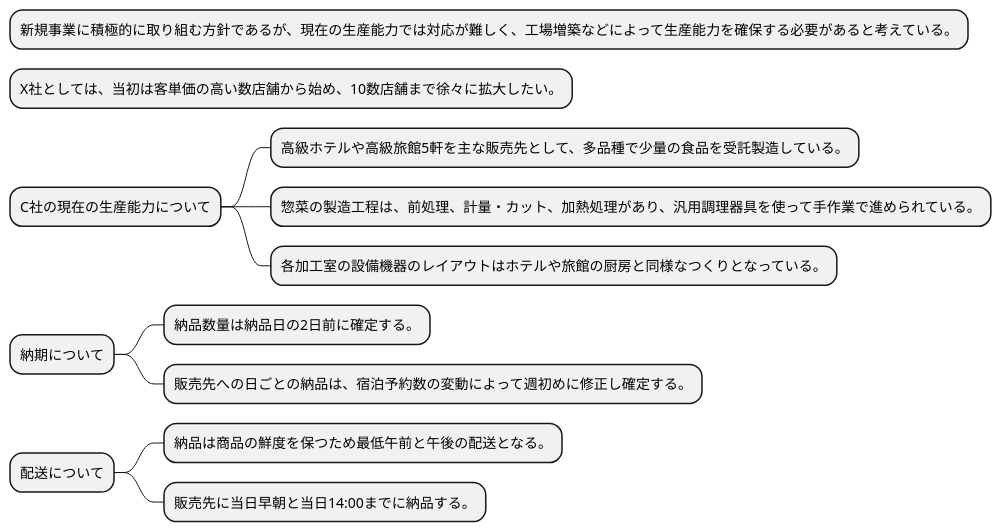
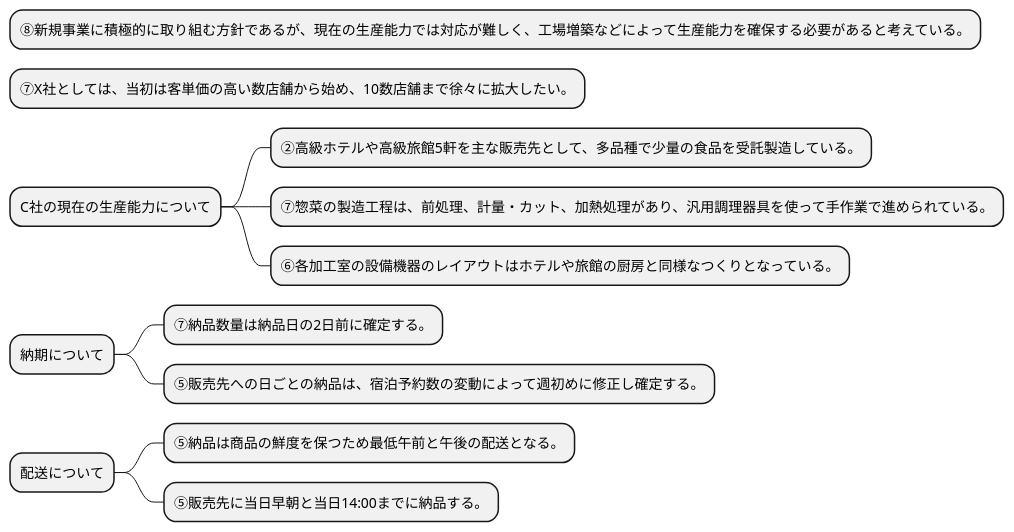
Diagram 11 of 13 in docs/case/study/R05/r05_case_3_study_2.adoc (k2works/case-study-business-analysis), drawn with PlantUML before and after one commit. The commit also changed other lines of this file, not shown here.

```diff
--- a/docs/case/study/R05/r05_case_3_study_2.adoc
+++ b/docs/case/study/R05/r05_case_3_study_2.adoc
@@ -268,19 +268,19 @@
 [plantuml]
 ----
 @startmindmap
 
-* 新規事業に積極的に取り組む方針であるが、現在の生産能力では対応が難しく、工場増築などによって生産能力を確保する必要があると考えている。
-* X社としては、当初は客単価の高い数店舗から始め、10数店舗まで徐々に拡大したい。
+* ⑧新規事業に積極的に取り組む方針であるが、現在の生産能力では対応が難しく、工場増築などによって生産能力を確保する必要があると考えている。
+* ⑦X社としては、当初は客単価の高い数店舗から始め、10数店舗まで徐々に拡大したい。
 * C社の現在の生産能力について
-** 高級ホテルや高級旅館5軒を主な販売先として、多品種で少量の食品を受託製造している。
-** 惣菜の製造工程は、前処理、計量・カット、加熱処理があり、汎用調理器具を使って手作業で進められている。
-** 各加工室の設備機器のレイアウトはホテルや旅館の厨房と同様なつくりとなっている。
+** ②高級ホテルや高級旅館5軒を主な販売先として、多品種で少量の食品を受託製造している。
+** ⑦惣菜の製造工程は、前処理、計量・カット、加熱処理があり、汎用調理器具を使って手作業で進められている。
+** ⑥各加工室の設備機器のレイアウトはホテルや旅館の厨房と同様なつくりとなっている。
 * 納期について
-** 納品数量は納品日の2日前に確定する。
-** 販売先への日ごとの納品は、宿泊予約数の変動によって週初めに修正し確定する。
+** ⑦納品数量は納品日の2日前に確定する。
+** ⑤販売先への日ごとの納品は、宿泊予約数の変動によって週初めに修正し確定する。
 * 配送について
-** 納品は商品の鮮度を保つため最低午前と午後の配送となる。
-** 販売先に当日早朝と当日14:00までに納品する。
+** ⑤納品は商品の鮮度を保つため最低午前と午後の配送となる。
+** ⑤販売先に当日早朝と当日14:00までに納品する。
 
 @endmindmap
 ----
```
